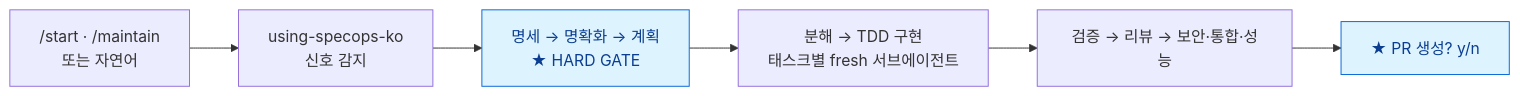
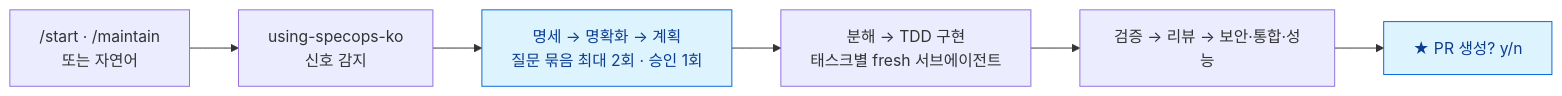
The first of 4 diagrams in README.md (andyko18/devFSD), drawn with Mermaid before and after one commit. The commit also changed other lines of this file, not shown here.

````diff
--- a/README.md
+++ b/README.md
@@ -27,10 +29,10 @@
 ```mermaid
 flowchart LR
     A["/start · /maintain<br/>또는 자연어"] --> B["using-specops-ko<br/>신호 감지"]
-    B --> C["명세 → 명확화 → 계획<br/>★ HARD GATE"]
+    B --> C["명세 → 명확화 → 계획<br/>질문 묶음 최대 2회 · 승인 1회"]
     C --> D["분해 → TDD 구현<br/>태스크별 fresh 서브에이전트"]
     D --> E["검증 → 리뷰 → 보안·통합·성능"]
     E --> F["★ PR 생성? y/n"]
     classDef gate fill:#ddf4ff,stroke:#0969da,color:#0b3d91
     class C,F gate
 ```
````
